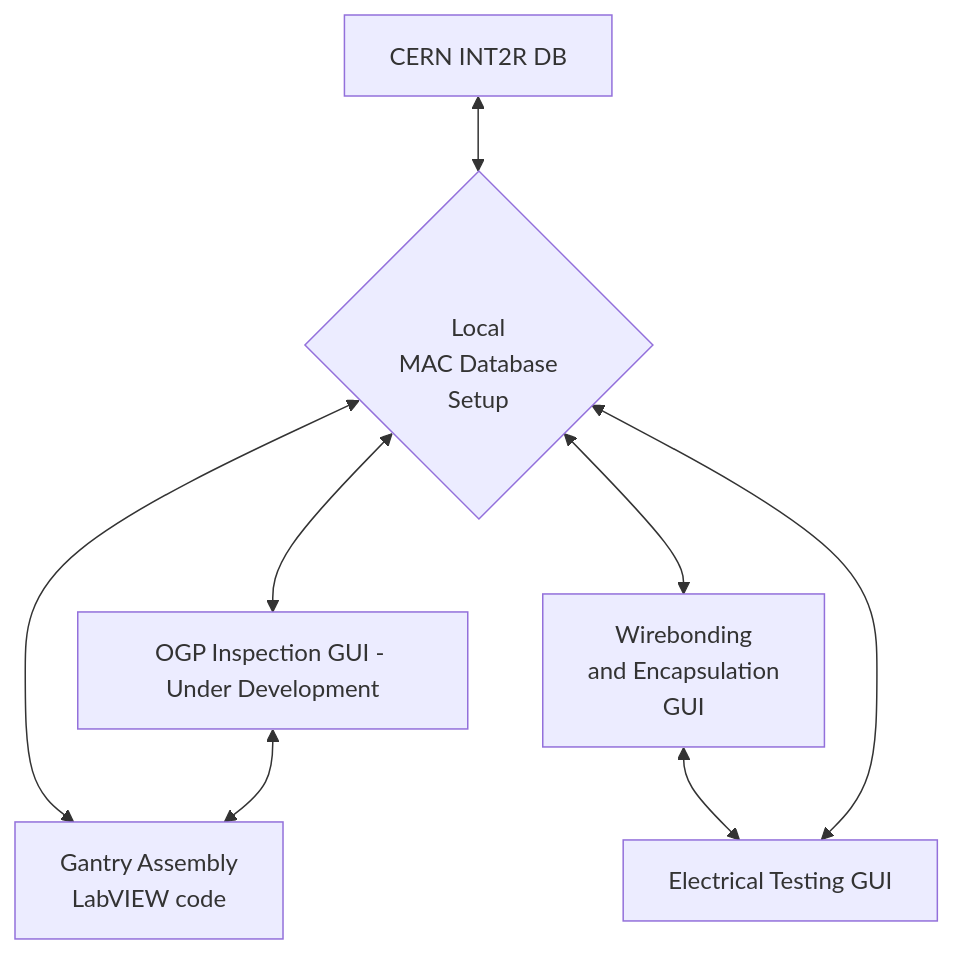
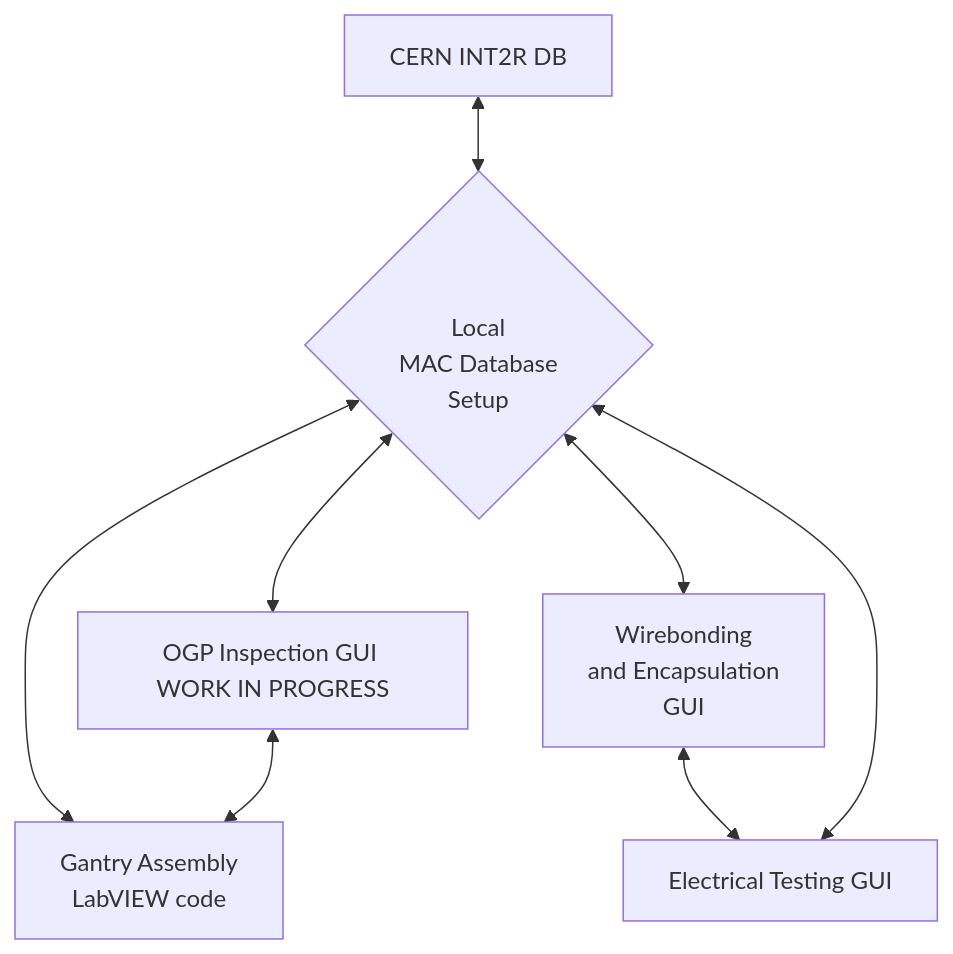
The diagram in profile/README.md (cmu-hgc-mac/.github), drawn with Mermaid before and after one commit.

````diff
--- a/profile/README.md
+++ b/profile/README.md
@@ -5,16 +5,16 @@
 ```mermaid
 graph TD
     K[CERN INT2R DB] <--> A
-    A{<br>Local<br>MAC Database<br>Setup} <--> B[OGP Inspection GUI - Under Development]
+    A{<br>Local<br>MAC Database<br>Setup} <--> B[OGP Inspection GUI WORK IN PROGRESS]
     A{<br>Local<br>MAC Database<br>Setup} <--> C[Gantry Assembly<br>LabVIEW code]
     B <--> C
     A <--> D[Wirebonding<br>and Encapsulation<br>GUI]
     D <--> E[Electrical Testing GUI]
     E <--> A
     click A href "https://github.com/cmu-hgc-mac/HGC_DB_postgres/"
     click B href "https://github.com/cmu-hgc-mac/HGC_OGP_DB"
     click C href "https://github.com/kai-ucsb/Gantry"
     click D href "https://github.com/nkalliney1/wirebonder_gui"
     click E href "https://gitlab.cern.ch/acrobert/hgcal-module-testing-gui/"
 
 ```
````
